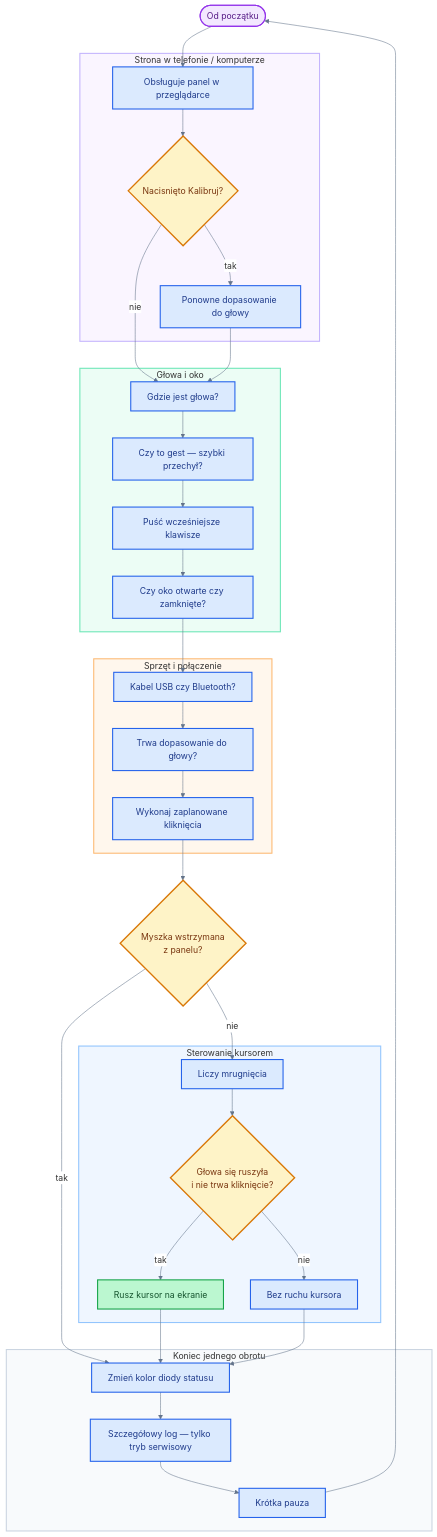
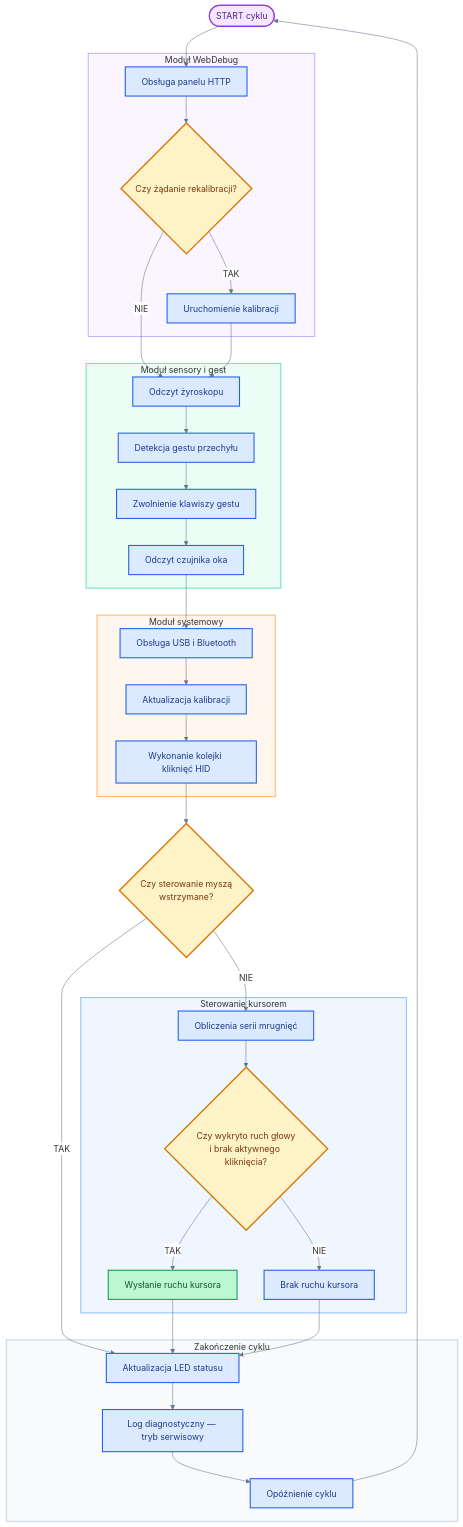
The third of 10 diagrams in README.md (bartkadres-ai/HEFAS-4.0), drawn with Mermaid before and after one commit. The commit also changed other lines of this file, not shown here.

````diff
--- a/README.md
+++ b/README.md
@@ -355,74 +355,74 @@
 ```mermaid
 %%{init: { 'theme': 'default', 'themeVariables': { 'darkMode': false, 'background': '#ffffff', 'mainBkg': '#ffffff', 'primaryColor': '#ffffff', 'secondaryColor': '#ffffff', 'tertiaryColor': '#ffffff', 'primaryTextColor': '#1e293b', 'secondaryTextColor': '#334155', 'lineColor': '#64748b', 'primaryBorderColor': '#94a3b8', 'clusterBkg': '#f1f5f9', 'clusterBorder': '#94a3b8', 'edgeLabelBackground': '#ffffff', 'noteBkgColor': '#f8fafc', 'noteTextColor': '#475569', 'fontFamily': 'arial' }}}%%
 flowchart TD
-    START([Od początku]) --> W1
+    START([START cyklu]) --> W1
 
-    subgraph WEBDBG["Strona w telefonie / komputerze"]
-        W1[Obsługuje panel w przeglądarce]
-        W2{Nacisnięto Kalibruj?}
-        W3[Ponowne dopasowanie do głowy]
+    subgraph WEBDBG["Moduł WebDebug"]
+        W1[Obsługa panelu HTTP]
+        W2{Czy żądanie rekalibracji?}
+        W3[Uruchomienie kalibracji]
         W1 --> W2
-        W2 -->|tak| W3
+        W2 -->|TAK| W3
     end
 
-    W2 -->|nie| S1
+    W2 -->|NIE| S1
     W3 --> S1
 
-    subgraph SENS["Głowa i oko"]
-        S1[Gdzie jest głowa?]
-        S2[Czy to gest — szybki przechył?]
-        S3[Puść wcześniejsze klawisze]
-        S4[Czy oko otwarte czy zamknięte?]
+    subgraph SENS["Moduł sensory i gest"]
+        S1[Odczyt żyroskopu]
+        S2[Detekcja gestu przechyłu]
+        S3[Zwolnienie klawiszy gestu]
+        S4[Odczyt czujnika oka]
         S1 --> S2 --> S3 --> S4
     end
 
     S4 --> Y1
 
-    subgraph SYS["Sprzęt i połączenie"]
-        Y1[Kabel USB czy Bluetooth?]
-        Y2[Trwa dopasowanie do głowy?]
-        Y3[Wykonaj zaplanowane kliknięcia]
+    subgraph SYS["Moduł systemowy"]
+        Y1[Obsługa USB i Bluetooth]
+        Y2[Aktualizacja kalibracji]
+        Y3[Wykonanie kolejki kliknięć HID]
         Y1 --> Y2 --> Y3
     end
 
-    Y3 --> PAUZA{Myszka wstrzymana<br/>z panelu?}
+    Y3 --> PAUZA{Czy sterowanie myszą<br/>wstrzymane?}
 
-    PAUZA -->|nie| A1
-    PAUZA -->|tak| L1
+    PAUZA -->|NIE| A1
+    PAUZA -->|TAK| L1
 
     subgraph ACT["Sterowanie kursorem"]
-        A1[Liczy mrugnięcia]
-        A2{Głowa się ruszyła<br/>i nie trwa kliknięcie?}
-        A3[Rusz kursor na ekranie]
-        A4[Bez ruchu kursora]
+        A1[Obliczenia serii mrugnięć]
+        A2{Czy wykryto ruch głowy<br/>i brak aktywnego kliknięcia?}
+        A3[Wysłanie ruchu kursora]
+        A4[Brak ruchu kursora]
         A1 --> A2
-        A2 -->|tak| A3
-        A2 -->|nie| A4
+        A2 -->|TAK| A3
+        A2 -->|NIE| A4
     end
 
     A3 --> L1
     A4 --> L1
 
-    subgraph KONIEC["Koniec jednego obrotu"]
-        L1[Zmień kolor diody statusu]
-        L2[Szczegółowy log — tylko tryb serwisowy]
-        L3[Krótka pauza]
+    subgraph KONIEC["Zakończenie cyklu"]
+        L1[Aktualizacja LED statusu]
+        L2[Log diagnostyczny — tryb serwisowy]
+        L3[Opóźnienie cyklu]
         L1 --> L2 --> L3
     end
 
     L3 --> START
 
     classDef startEnd fill:#f3e8ff,stroke:#9333ea,stroke-width:2px,color:#581c87
     classDef process fill:#dbeafe,stroke:#2563eb,stroke-width:2px,color:#1e3a8a
     classDef decision fill:#fef3c7,stroke:#d97706,stroke-width:2.5px,color:#78350f
     classDef success fill:#bbf7d0,stroke:#16a34a,stroke-width:2px,color:#14532d
     class START startEnd
     class W1,W3,S1,S2,S3,S4,Y1,Y2,Y3,A1,A4,L1,L2,L3 process
     class W2,PAUZA,A2 decision
     class A3 success
     style WEBDBG fill:#faf5ff,stroke:#c4b5fd,stroke-width:2px
     style SENS fill:#ecfdf5,stroke:#6ee7b7,stroke-width:2px
     style SYS fill:#fff7ed,stroke:#fdba74,stroke-width:2px
     style ACT fill:#eff6ff,stroke:#93c5fd,stroke-width:2px
     style KONIEC fill:#f8fafc,stroke:#cbd5e1,stroke-width:2px
 ```
````
